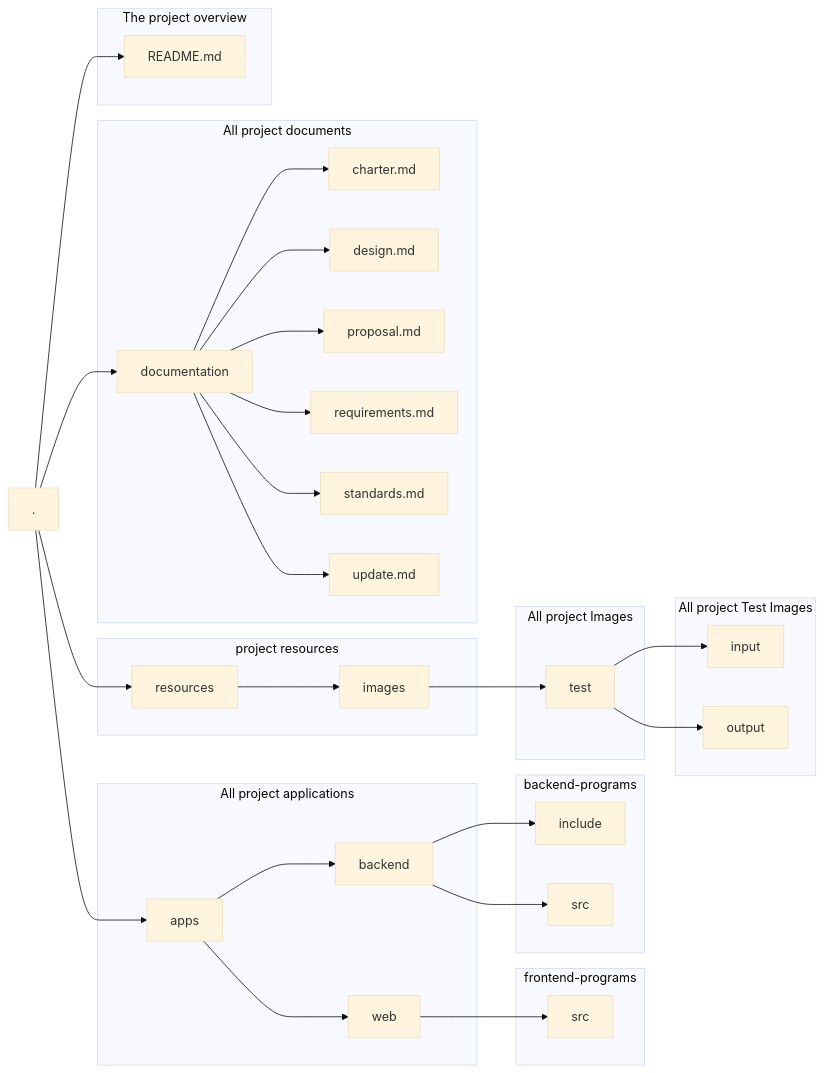
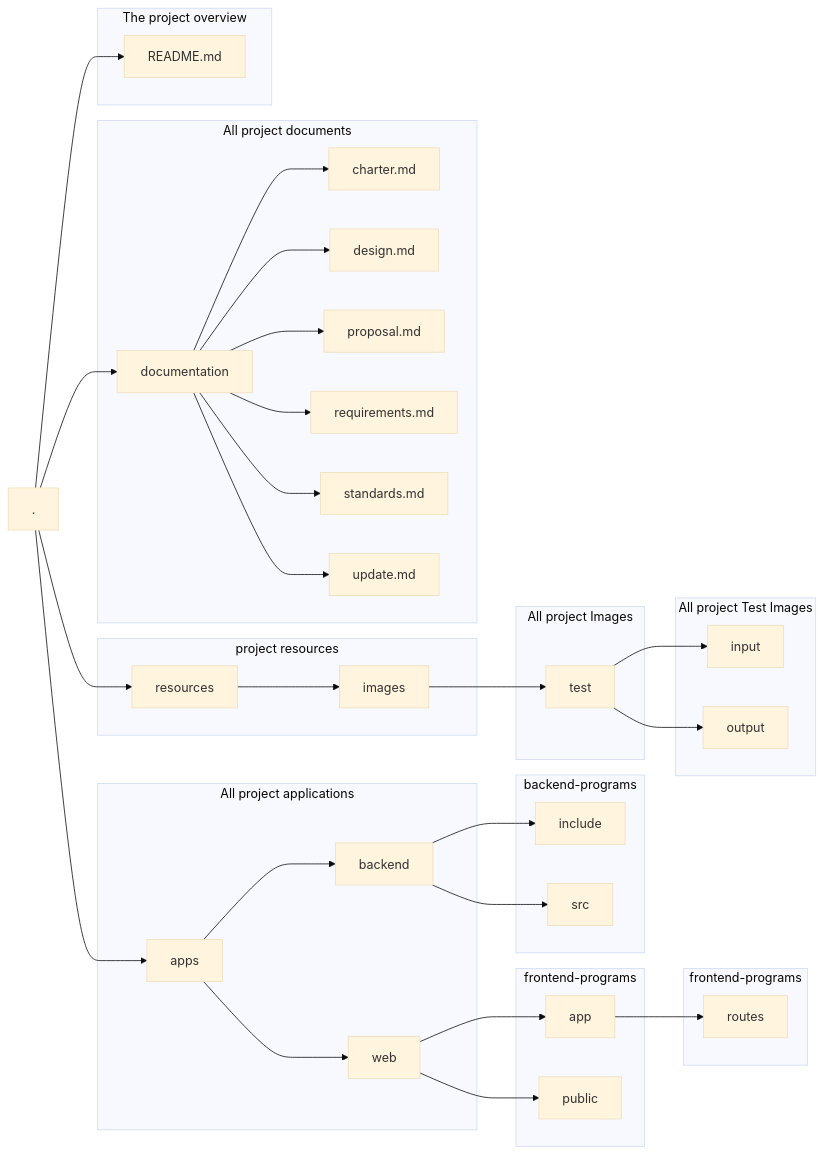
The fourth of 4 diagrams in documentation/design.md (csci265-team/HiddenFrame), drawn with Mermaid (base theme) before and after one commit. The commit also changed other lines of this file, not shown here.

Commit message:
added API server to Backend Diagram

```diff
--- a/documentation/design.md
+++ b/documentation/design.md
@@ -226,43 +227,47 @@
 ~~~mermaid
 ---
 Title: Project Directory Structure
 ---
 graph LR
 
     root[.] --> 1[README.md]
     root --> 2[documentation]
     root --> 3[resources]
     root --> 4[apps]
     subgraph 4g[All project applications]
       4 --> 41[backend]
       4 --> 42[web]
     end
     subgraph 41g[backend-programs]
       41 --> 411[include]
       41 --> 412[src]
     end
     subgraph 42g[frontend-programs]
-      42 --> 421[src]
+      42 --> 421[app]
+      42 --> 422[public]
+    end
+    subgraph 421g[frontend-programs]
+      421 --> 4211[routes]
     end
     subgraph 3g[project resources]
 	  3 --> 31[images]	 
     end
     subgraph 31g[All project Images]
 	  31 --> 311[test]				  	 
     end
     subgraph 312g[All project Test Images]
 	  311 --> 3111[input]
 	  311 --> 3112[output]	 
     end
     subgraph 2g[All project documents]
       2 --> 21[charter.md]
       2 --> 22[design.md]
       2 --> 23[proposal.md]
       2 --> 24[requirements.md]
       2 --> 25[standards.md]
       2 --> 26[update.md]
     end
     subgraph 1g[The project overview]
       1
     end
 ~~~
```
